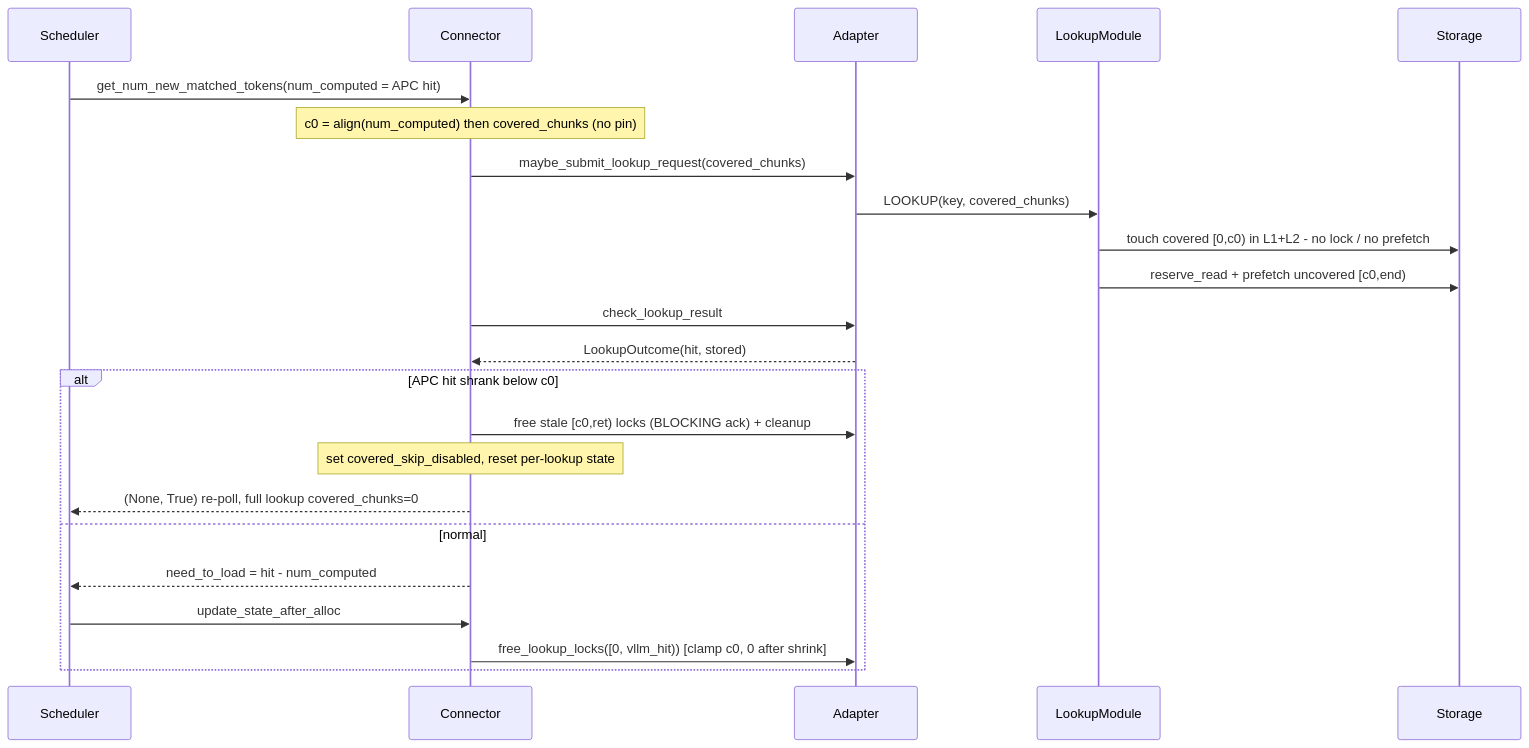
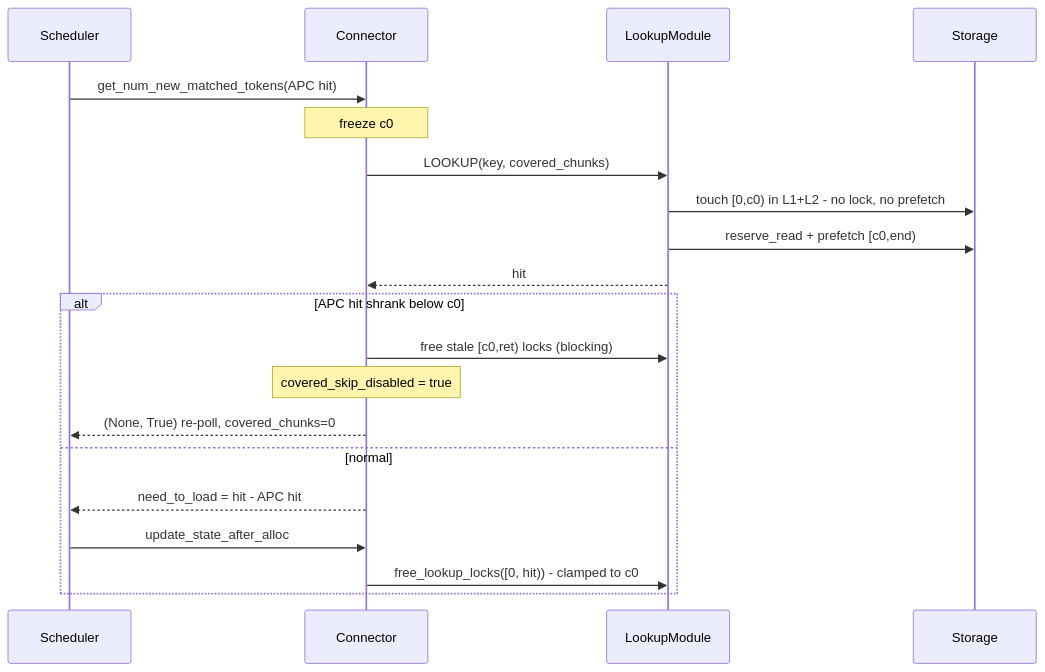
The diagram in docs/design/v1/multiprocess/modules/apc_covered_lookup.md (LMCache/LMCache), drawn with Mermaid before and after one commit. The commit also changed other lines of this file, not shown here.

First line of the commit message:
docs(apc-skip): make the covered-lookup design doc shorter

````diff
--- a/docs/design/v1/multiprocess/modules/apc_covered_lookup.md
+++ b/docs/design/v1/multiprocess/modules/apc_covered_lookup.md
@@ -79,27 +63,24 @@
 ```mermaid
 sequenceDiagram
     participant S as Scheduler
     participant C as Connector
-    participant A as Adapter
     participant L as LookupModule
     participant SM as Storage
 
-    S->>C: get_num_new_matched_tokens(num_computed = APC hit)
-    Note over C: c0 = align(num_computed) then covered_chunks (no pin)
-    C->>A: maybe_submit_lookup_request(covered_chunks)
-    A->>L: LOOKUP(key, covered_chunks)
-    L->>SM: touch covered [0,c0) in L1+L2 - no lock / no prefetch
-    L->>SM: reserve_read + prefetch uncovered [c0,end)
-    C->>A: check_lookup_result
-    A-->>C: LookupOutcome(hit, stored)
+    S->>C: get_num_new_matched_tokens(APC hit)
+    Note over C: freeze c0
+    C->>L: LOOKUP(key, covered_chunks)
+    L->>SM: touch [0,c0) in L1+L2 - no lock, no prefetch
+    L->>SM: reserve_read + prefetch [c0,end)
+    L-->>C: hit
 
     alt APC hit shrank below c0
-        C->>A: free stale [c0,ret) locks (BLOCKING ack) + cleanup
-        Note over C: set covered_skip_disabled, reset per-lookup state
-        C-->>S: (None, True) re-poll, full lookup covered_chunks=0
+        C->>L: free stale [c0,ret) locks (blocking)
+        Note over C: covered_skip_disabled = true
+        C-->>S: (None, True) re-poll, covered_chunks=0
     else normal
-        C-->>S: need_to_load = hit - num_computed
+        C-->>S: need_to_load = hit - APC hit
         S->>C: update_state_after_alloc
-        C->>A: free_lookup_locks([0, vllm_hit)) [clamp c0, 0 after shrink]
+        C->>L: free_lookup_locks([0, hit)) - clamped to c0
     end
 ```
````
